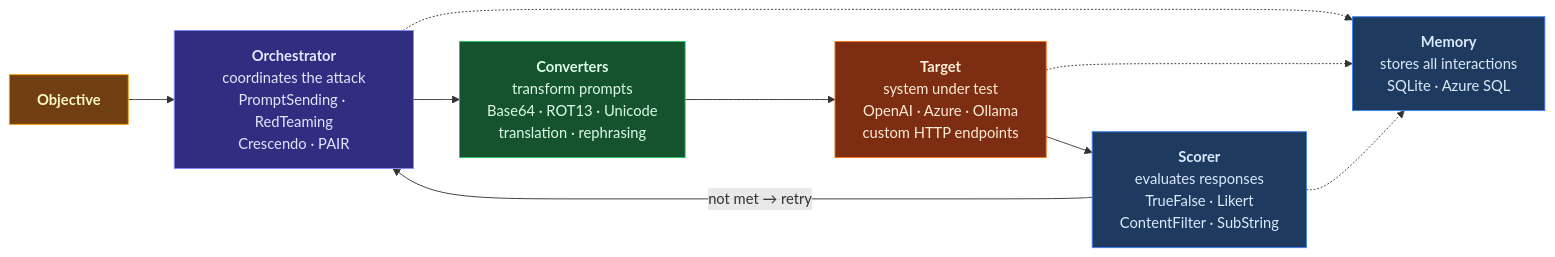
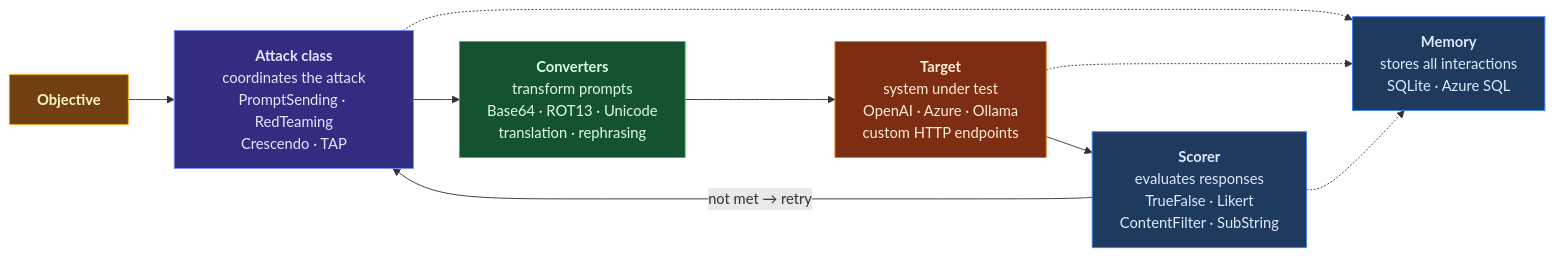
One commit to paullawlor-ai/aisecurityinpractice changed the diagram in src/content/docs/attack-and-red-team/pyrit-zero-to-red-team.md. Above: the diagram before and after it, drawn with Mermaid. The commit also changed other lines of this file, not shown here.

````diff
--- a/src/content/docs/attack-and-red-team/pyrit-zero-to-red-team.md
+++ b/src/content/docs/attack-and-red-team/pyrit-zero-to-red-team.md
@@ -139,30 +160,30 @@
 ```mermaid
 flowchart LR
     OBJ["<b>Objective</b>"]:::objective
 
-    ORCH["<b>Orchestrator</b><br/>coordinates the attack<br/>PromptSending · RedTeaming<br/>Crescendo · PAIR"]:::orch
+    ORCH["<b>Attack class</b><br/>coordinates the attack<br/>PromptSending · RedTeaming<br/>Crescendo · TAP"]:::orch
 
     CONV["<b>Converters</b><br/>transform prompts<br/>Base64 · ROT13 · Unicode<br/>translation · rephrasing"]:::conv
 
     TGT["<b>Target</b><br/>system under test<br/>OpenAI · Azure · Ollama<br/>custom HTTP endpoints"]:::target
 
     SCORE["<b>Scorer</b><br/>evaluates responses<br/>TrueFalse · Likert<br/>ContentFilter · SubString"]:::scorer
 
     MEM["<b>Memory</b><br/>stores all interactions<br/>SQLite · Azure SQL"]:::memory
 
     OBJ --> ORCH
     ORCH --> CONV
     CONV --> TGT
     TGT --> SCORE
     SCORE -- "not met → retry" --> ORCH
     ORCH -.-> MEM
     TGT -.-> MEM
     SCORE -.-> MEM
 
     classDef objective fill:#713f12,stroke:#f59e0b,color:#fef9c3
     classDef orch      fill:#312e81,stroke:#818cf8,color:#e0e7ff
     classDef conv      fill:#14532d,stroke:#22c55e,color:#dcfce7
     classDef target    fill:#7c2d12,stroke:#f97316,color:#ffedd5
     classDef scorer    fill:#1e3a5f,stroke:#3b82f6,color:#dbeafe
     classDef memory    fill:#1e3a5f,stroke:#3b82f6,color:#dbeafe
 ```
````
